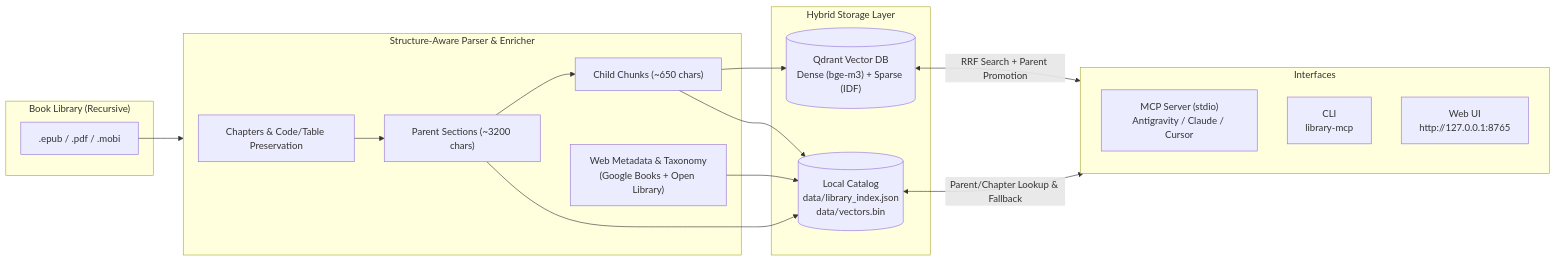
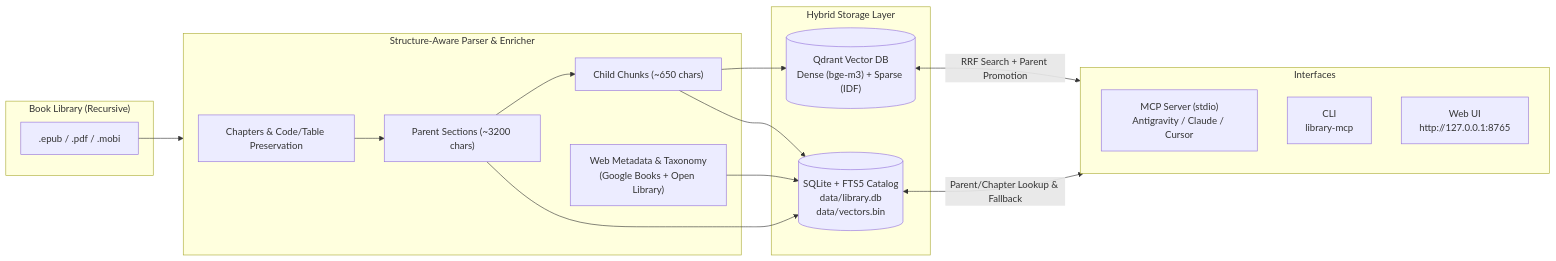
The diagram in README.md (jarkow/library-mcp), drawn with Mermaid before and after one commit. The commit also changed other lines of this file and 8 other files, not shown here.

Commit message:
Add pure-Go SQLite + FTS5 storage backend (data/library.db) and auto-migration

````diff
--- a/README.md
+++ b/README.md
@@ -36,33 +36,33 @@
 ```mermaid
 flowchart LR
     subgraph Input["Book Library (Recursive)"]
         EPUB[".epub / .pdf / .mobi"]
     end
 
     subgraph Parser["Structure-Aware Parser & Enricher"]
         P1["Chapters & Code/Table Preservation"]
         P2["Parent Sections (~3200 chars)"]
         P3["Child Chunks (~650 chars)"]
         WEB["Web Metadata & Taxonomy\n(Google Books + Open Library)"]
         P1 --> P2 --> P3
     end
 
     subgraph Storage["Hybrid Storage Layer"]
         QD[("Qdrant Vector DB\nDense (bge-m3) + Sparse (IDF)")]
-        LOC[("Local Catalog\ndata/library_index.json\ndata/vectors.bin")]
+        LOC[("SQLite + FTS5 Catalog\ndata/library.db\ndata/vectors.bin")]
     end
 
     subgraph Consumers["Interfaces"]
         MCP["MCP Server (stdio)\nAntigravity / Claude / Cursor"]
         CLI["CLI\nlibrary-mcp"]
         UI["Web UI\nhttp://127.0.0.1:8765"]
     end
 
     EPUB --> Parser
     P2 --> LOC
     WEB --> LOC
     P3 --> QD
     P3 --> LOC
     QD <-->|"RRF Search + Parent Promotion"| Consumers
     LOC <-->|"Parent/Chapter Lookup & Fallback"| Consumers
 ```
````
